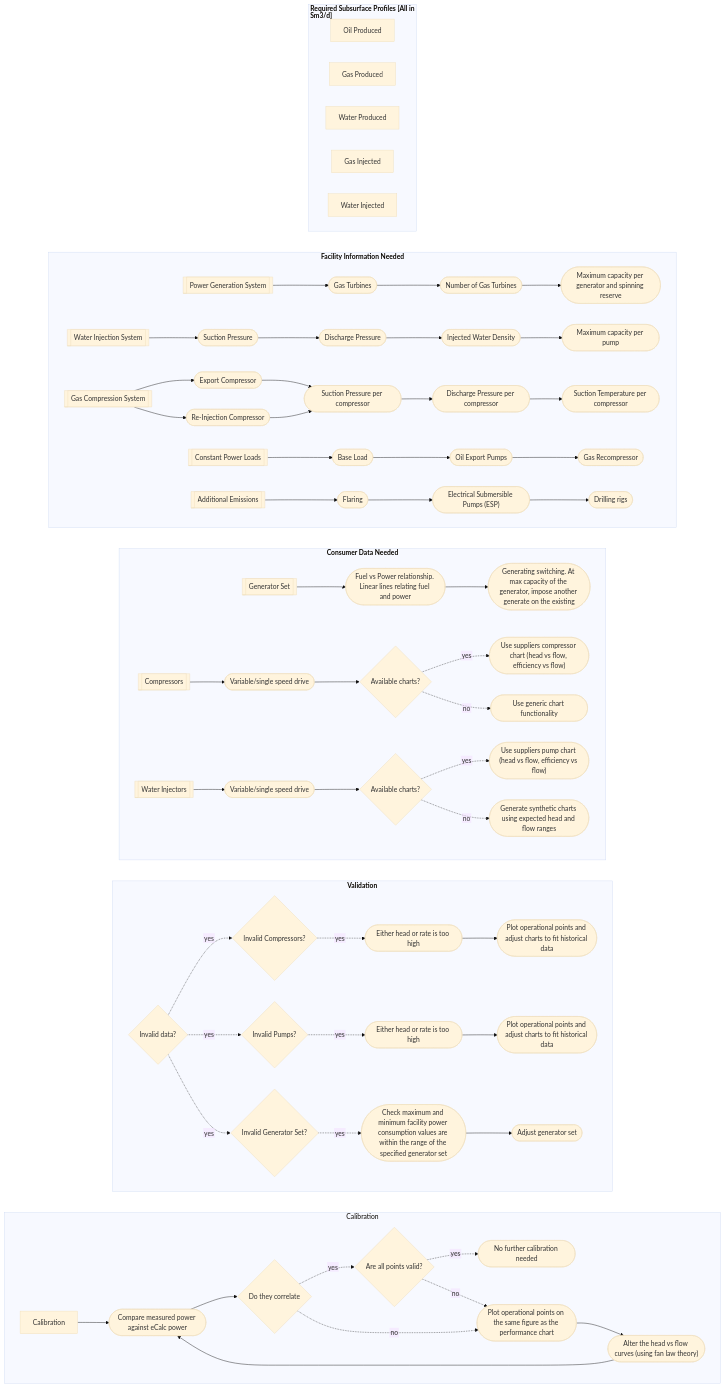
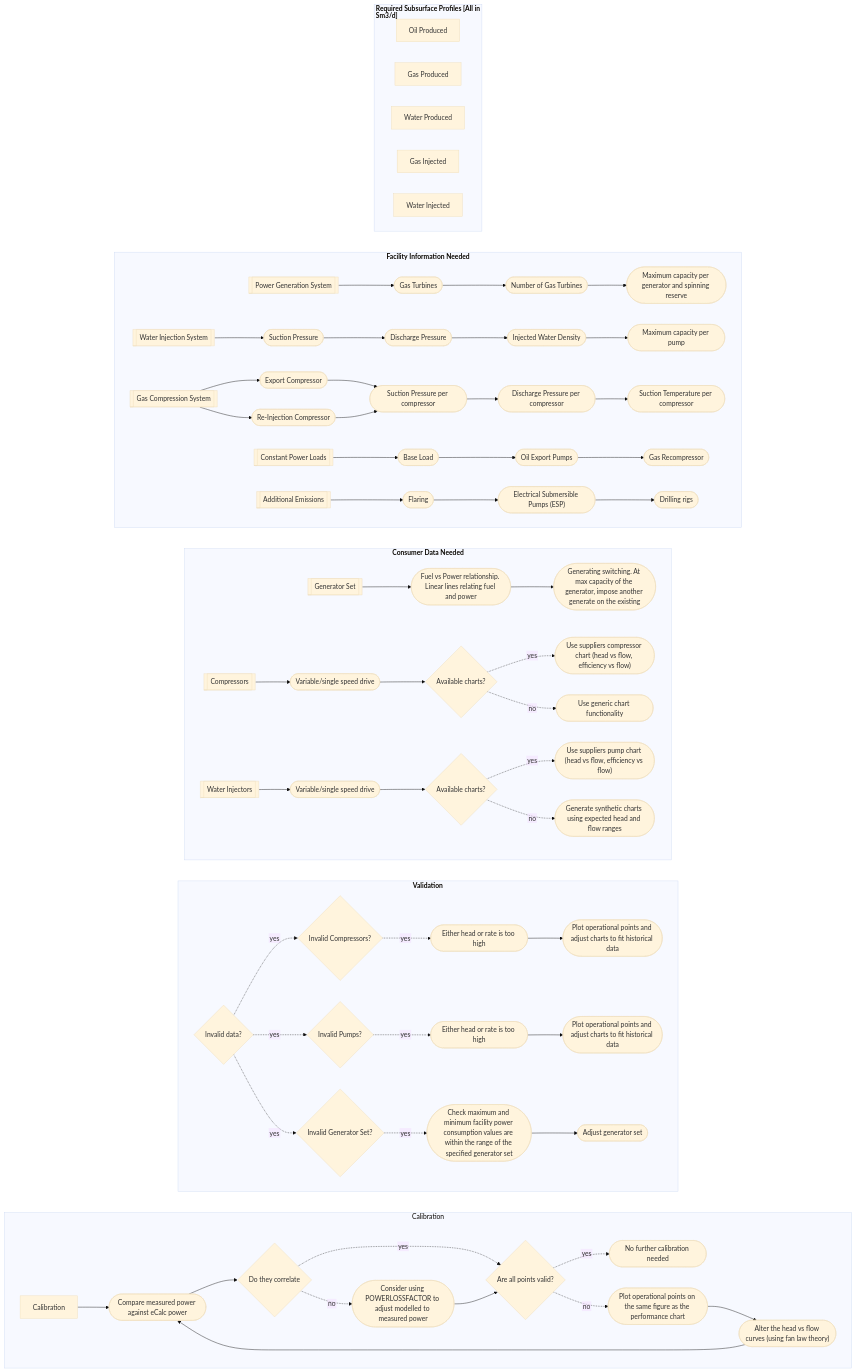
The diagram in docs/docs/about/modelling/workflow/generic_workflow.md (equinor/ecalc), drawn with Mermaid (base theme) before and after one commit. The commit also changed other lines of this file, not shown here.

```diff
--- a/docs/docs/about/modelling/workflow/generic_workflow.md
+++ b/docs/docs/about/modelling/workflow/generic_workflow.md
@@ -92,8 +92,9 @@
       ide5_A_1 --> ide5_A_2{"`Do they correlate`"}
       ide5_A_2 -. yes .-> ide5_A_3_1{"`Are all points valid?`"};
       ide5_A_3_1 -. yes .-> ide5_A_3_2(["`No further calibration needed`"])
-      ide5_A_2 -. no .-> ide5_A_4_1(["`Plot operational points on the same figure as the performance chart`"])
-      ide5_A_4_1 --> ide5_A_4_2(["`Alter the head vs flow curves (using fan law theory)`"])
+      ide5_A_2 -. no .-> ide5_A_2_1(["`Consider using POWERLOSSFACTOR to adjust modelled to measured power`"])
+      ide5_A_2_1 --> ide5_A_3_1
+      ide5_A_4_1(["`Plot operational points on the same figure as the performance chart`"]) --> ide5_A_4_2(["`Alter the head vs flow curves (using fan law theory)`"])
       ide5_A_4_2 --> ide5_A_1
       ide5_A_3_1 -. no .-> ide5_A_4_1
       end
```
